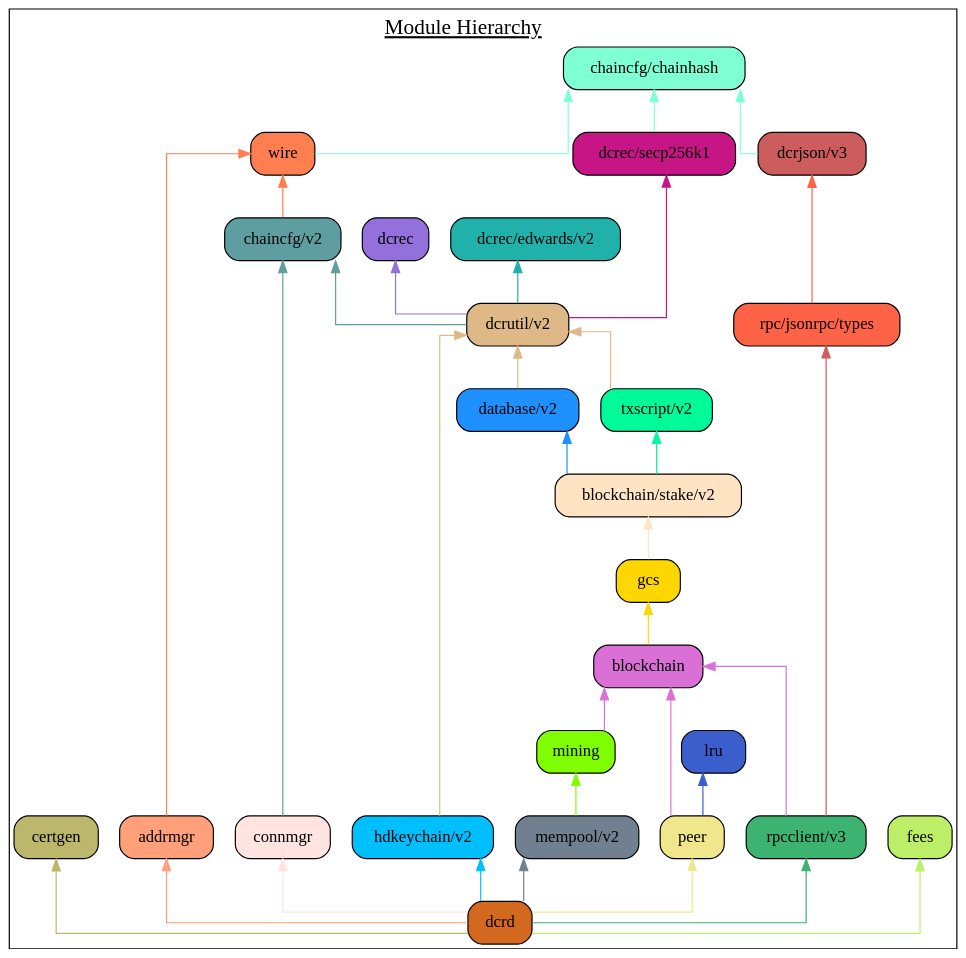
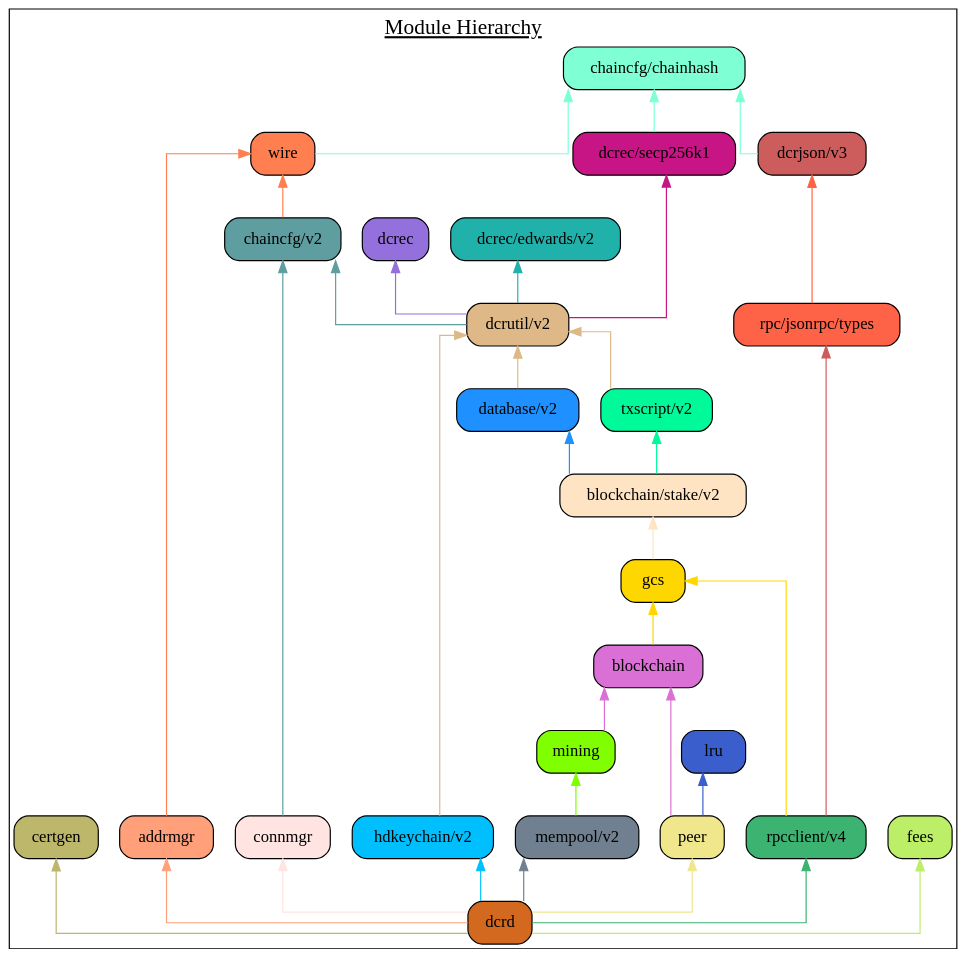
One commit to decred/dcrd changed the diagram in docs/assets/module_hierarchy.gv. Above: the diagram before and after it, drawn with Graphviz. The commit also changed 2 other files, not shown here.

Commit message:
docs: Update for rpcclient v4 module.

```diff
--- a/docs/assets/module_hierarchy.gv
+++ b/docs/assets/module_hierarchy.gv
@@ -1,67 +1,67 @@
 digraph {
 	graph [splines=ortho colorscheme=svg label=<<u>Module Hierarchy</u>> labelloc=t fontsize=18.0]
 	node [shape=box style="filled, rounded"]
 
 	certgen [label="certgen" fillcolor=darkkhaki]
 	chainhash [label="chaincfg/chainhash" fillcolor=aquamarine]
 	dcrjson [label="dcrjson/v3" fillcolor=indianred]
 	types [label="rpc/jsonrpc/types" fillcolor=tomato]
 	wire [label="wire" fillcolor=coral]
 	addrmgr [label="addrmgr" fillcolor=lightsalmon]
 	chaincfg [label="chaincfg/v2" fillcolor=cadetblue]
 	connmgr [label="connmgr" fillcolor=mistyrose]
 	dcrec [label="dcrec" fillcolor=mediumpurple]
 	edwards [label="dcrec/edwards/v2" fillcolor=lightseagreen]
 	secp256k1 [label="dcrec/secp256k1" fillcolor=mediumvioletred]
 	dcrutil [label="dcrutil/v2" fillcolor=burlywood]
 	database [label="database/v2" fillcolor=dodgerblue]
 	hdkeychain [label="hdkeychain/v2" fillcolor=deepskyblue]
 	txscript [label="txscript/v2" fillcolor=mediumspringgreen]
 	stake [label="blockchain/stake/v2" fillcolor=bisque]
 	gcs [label="gcs" fillcolor=gold]
 	blockchain [label="blockchain" fillcolor=orchid]
 	mempool [label="mempool/v2" fillcolor=slategray]
 	mining [label="mining" fillcolor=chartreuse]
 	lru  [label="lru" fillcolor=royalblue3]
 	peer [label="peer" fillcolor=khaki]
-	rpcclient [label="rpcclient/v3" fillcolor=mediumseagreen]
+	rpcclient [label="rpcclient/v4" fillcolor=mediumseagreen]
 	fees [label="fees" fillcolor=darkolivegreen2]
 	dcrd [label="dcrd" fillcolor=chocolate]
 
 	{rank=same connmgr addrmgr hdkeychain peer rpcclient mempool}
 
 	certgen
 	chainhash -> dcrjson [dir=back color=aquamarine]
 	chainhash -> wire [dir=back color=aquamarine]
 	wire -> addrmgr [dir=back color=coral]
 	wire -> chaincfg [dir=back color=coral]
 	chaincfg -> connmgr [dir=back color=cadetblue]
 	chainhash -> secp256k1 [dir=back color=aquamarine]
 	chaincfg -> dcrutil [dir=back color=cadetblue]
 	dcrec -> dcrutil [dir=back color=mediumpurple]
 	edwards ->  dcrutil [dir=back color=lightseagreen]
 	secp256k1 ->  dcrutil [dir=back color=mediumvioletred]
 	dcrutil -> database [dir=back color=burlywood]
 	dcrutil -> hdkeychain [dir=back color=burlywood]
 	dcrutil -> txscript [dir=back color=burlywood]
 	database ->  stake [dir=back color=dodgerblue]
 	txscript -> stake [dir=back color=mediumspringgreen]
 	stake -> gcs [dir=back color=bisque]
 	gcs -> blockchain [dir=back color=gold]
+	gcs -> rpcclient [dir=back color=gold]
 	blockchain -> mining [dir=back color=orchid]
 	mining -> mempool [dir=back color=chartreuse]
 	lru -> peer [dir=back color=royalblue3]
 	blockchain -> peer [dir=back color=orchid]
-	blockchain -> rpcclient [dir=back color=orchid]
 	dcrjson -> types [dir=back color=tomato]
 	types -> rpcclient [dir=back color=indianred]
 
 	fees -> dcrd [dir=back color=darkolivegreen2]
 	mempool -> dcrd [dir=back color=slategray]
 	certgen -> dcrd [dir=back color=darkkhaki]
 	addrmgr -> dcrd [dir=back color=lightsalmon]
 	hdkeychain -> dcrd [dir=back color=deepskyblue]
 	connmgr -> dcrd [dir=back color=mistyrose]
 	rpcclient -> dcrd [dir=back color=mediumseagreen]
 	peer -> dcrd [dir=back color=khaki]
 }
```
